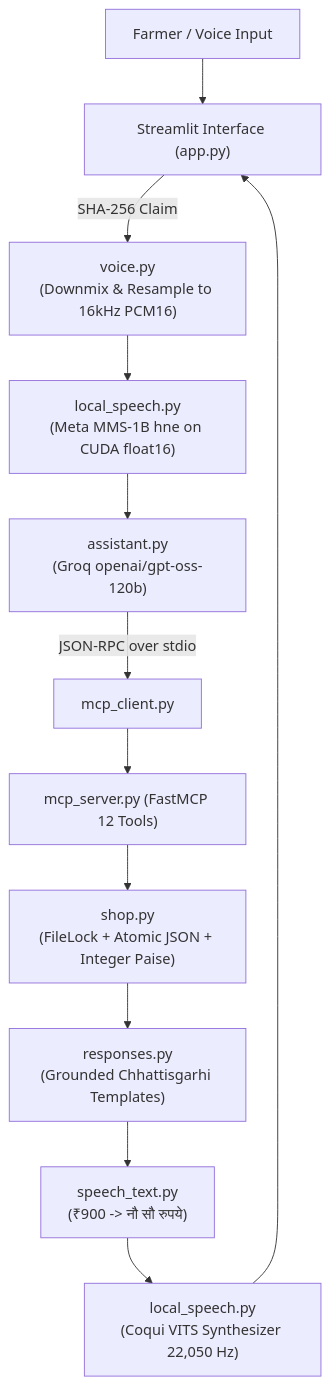
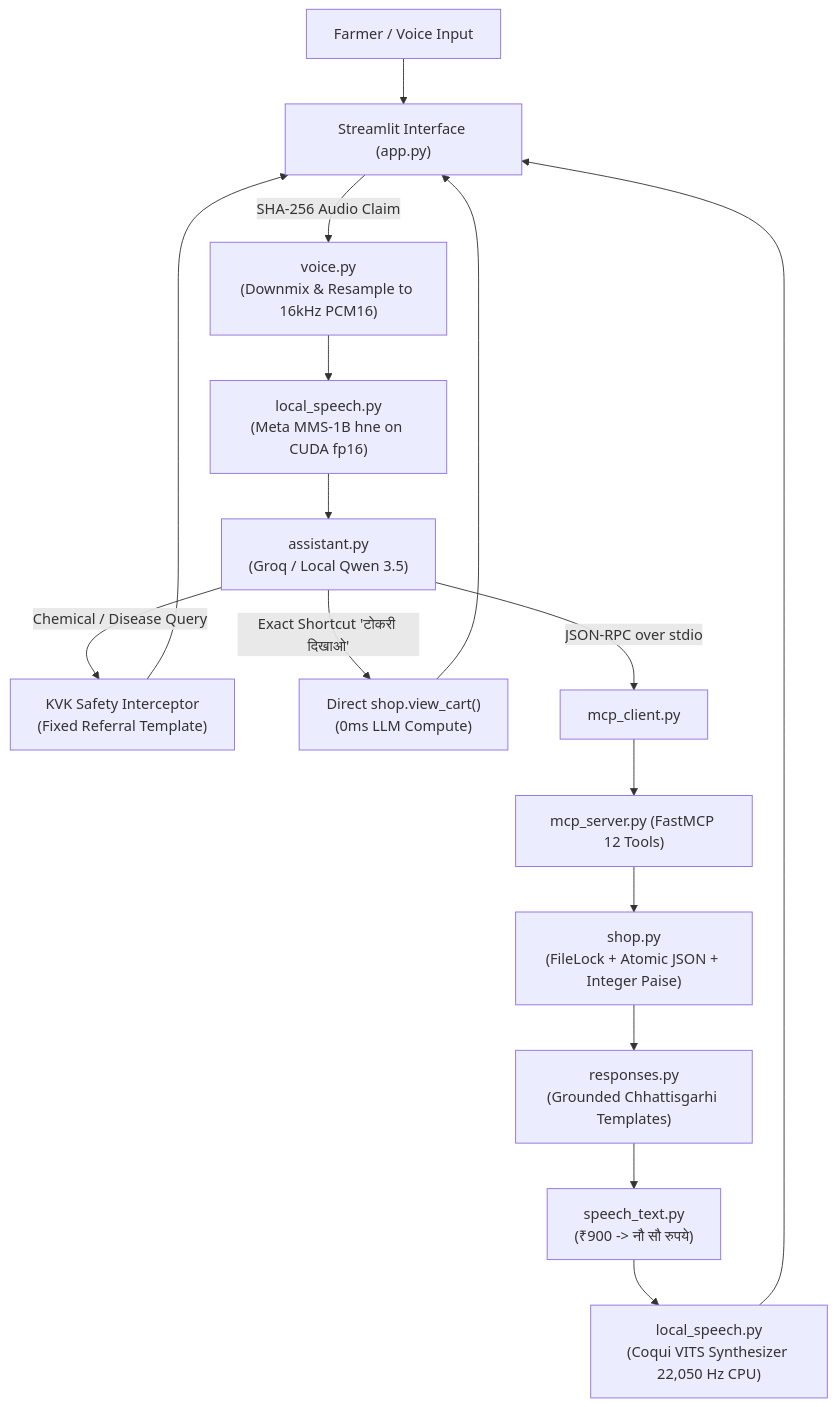
One commit to Punyansh26/minorprojectsem5 changed the diagram in idea/presentation/working/06-demo-shopping.md. Above: the diagram before and after it, drawn with Mermaid. The commit also changed other lines of this file and 14 other files, not shown here.

First line of the commit message:
Refactor web client specifications and architecture decisions for clarity and detail

````diff
--- a/idea/presentation/working/06-demo-shopping.md
+++ b/idea/presentation/working/06-demo-shopping.md
@@ -12,14 +14,21 @@
 ```mermaid
 flowchart TD
     User["Farmer / Voice Input"] --> UI["Streamlit Interface (app.py)"]
-    UI -->|SHA-256 Claim| AudioPrep["voice.py\n(Downmix & Resample to 16kHz PCM16)"]
-    AudioPrep --> STT["local_speech.py\n(Meta MMS-1B hne on CUDA float16)"]
-    STT --> Router["assistant.py\n(Groq openai/gpt-oss-120b)"]
+    UI -->|SHA-256 Audio Claim| AudioPrep["voice.py\n(Downmix & Resample to 16kHz PCM16)"]
+    AudioPrep --> STT["local_speech.py\n(Meta MMS-1B hne on CUDA fp16)"]
+    STT --> Router["assistant.py\n(Groq / Local Qwen 3.5)"]
+    
+    Router -->|Chemical / Disease Query| Safety["KVK Safety Interceptor\n(Fixed Referral Template)"]
+    Router -->|Exact Shortcut 'टोकरी दिखाओ'| DirectCart["Direct shop.view_cart()\n(0ms LLM Compute)"]
+    
     Router -->|JSON-RPC over stdio| MCPClient["mcp_client.py"]
     MCPClient --> MCPServer["mcp_server.py (FastMCP 12 Tools)"]
     MCPServer --> Shop["shop.py\n(FileLock + Atomic JSON + Integer Paise)"]
+    
     Shop --> Templates["responses.py\n(Grounded Chhattisgarhi Templates)"]
+    Safety --> UI
+    DirectCart --> UI
     Templates --> Normalizer["speech_text.py\n(₹900 -> नौ सौ रुपये)"]
-    Normalizer --> VITS["local_speech.py\n(Coqui VITS Synthesizer 22,050 Hz)"]
+    Normalizer --> VITS["local_speech.py\n(Coqui VITS Synthesizer 22,050 Hz CPU)"]
     VITS --> UI
 ```
````
